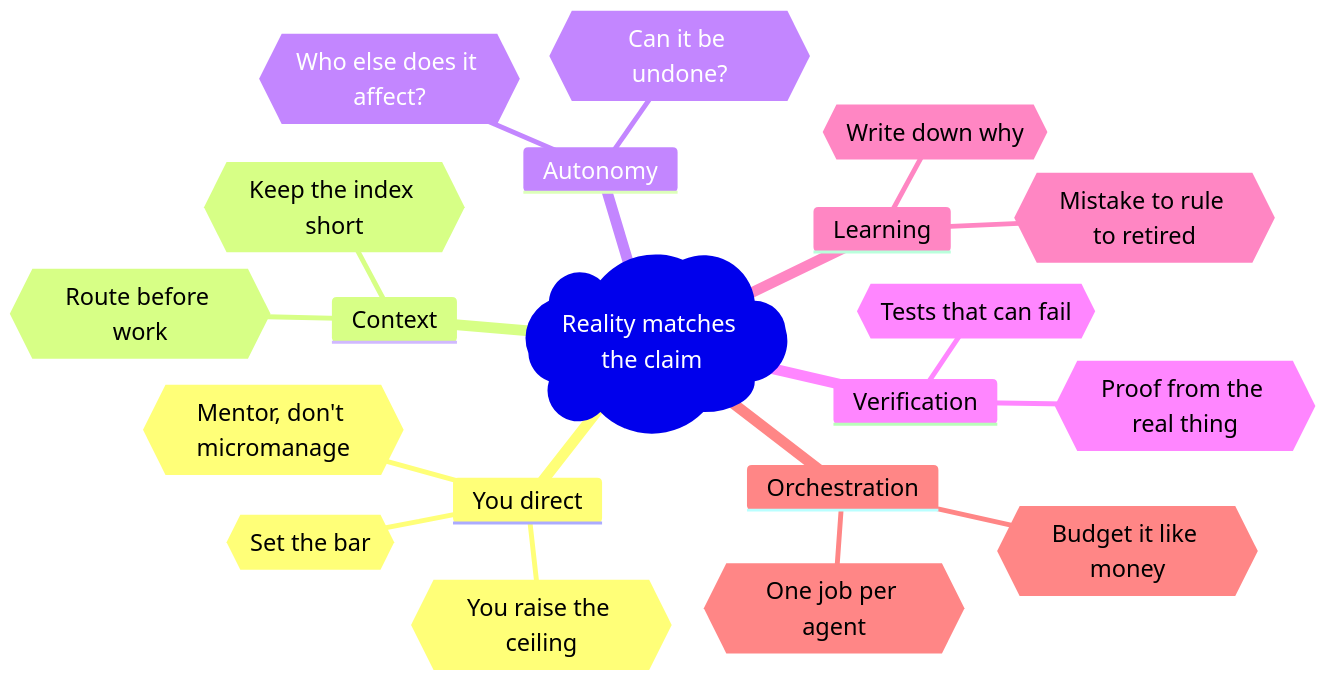
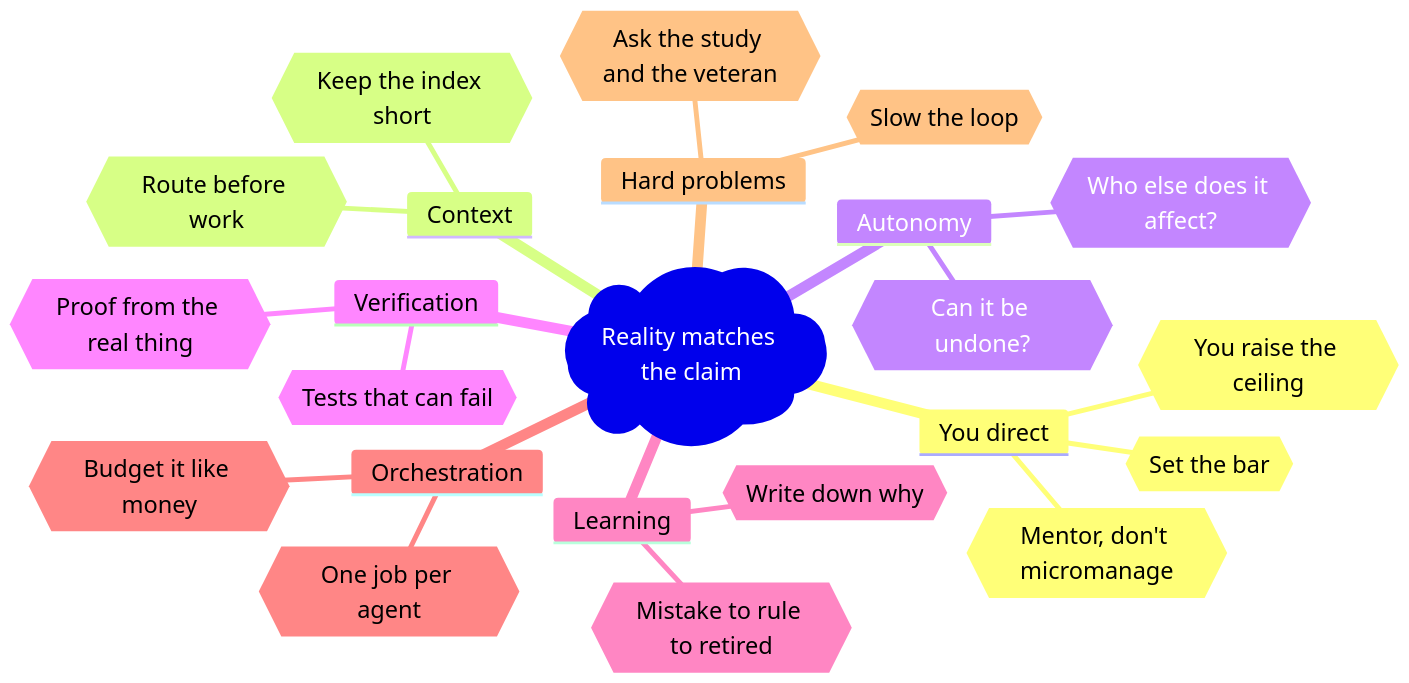
The sixth of 6 diagrams in engineering/decisions/2026-09-24-agentic-practice-audit/agentic-engineering-practices.md (Laticent/lattice), drawn with Mermaid before and after one commit. The commit also changed other lines of this file and 1 other file, not shown here.

````diff
--- a/engineering/decisions/2026-09-24-agentic-practice-audit/agentic-engineering-practices.md
+++ b/engineering/decisions/2026-09-24-agentic-practice-audit/agentic-engineering-practices.md
@@ -1407,24 +1423,27 @@
 ```mermaid
 %%{init: {'themeVariables': {'fontSize': '24px'}}}%%
 mindmap
   root)Reality matches the claim(
     You direct
       {{You raise the ceiling}}
       {{Set the bar}}
       {{Mentor, don't micromanage}}
     Context
       {{Keep the index short}}
       {{Route before work}}
     Autonomy
       {{Can it be undone?}}
       {{Who else does it affect?}}
     Verification
       {{Proof from the real thing}}
       {{Tests that can fail}}
     Learning
       {{Mistake to rule to retired}}
       {{Write down why}}
     Orchestration
       {{One job per agent}}
       {{Budget it like money}}
+    Hard problems
+      {{Slow the loop}}
+      {{Ask the study and the veteran}}
 ```
````
